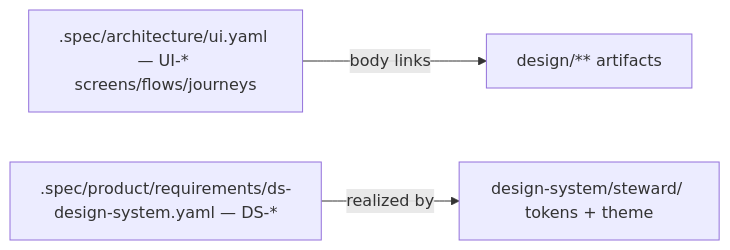
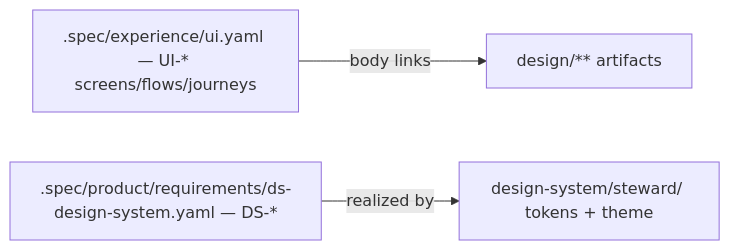
One commit to jetdream/steward changed the diagram in design/CLAUDE.md. Above: the diagram before and after it, drawn with Mermaid. The commit also changed other lines of this file and 14 other files, not shown here.

First line of the commit message:
Reaffirm design foundations + close pre-UI experience gaps (DEC-14, DEC-15)

````diff
--- a/design/CLAUDE.md
+++ b/design/CLAUDE.md
@@ -9,5 +9,5 @@
 ```mermaid
 graph LR
-  UI[".spec/architecture/ui.yaml — UI-* screens/flows/journeys"] -- body links --> ART["design/** artifacts"]
+  UI[".spec/experience/ui.yaml — UI-* screens/flows/journeys"] -- body links --> ART["design/** artifacts"]
   DS[".spec/product/requirements/ds-design-system.yaml — DS-*"] -- realized by --> TOK["design-system/steward/ tokens + theme"]
 ```
````
